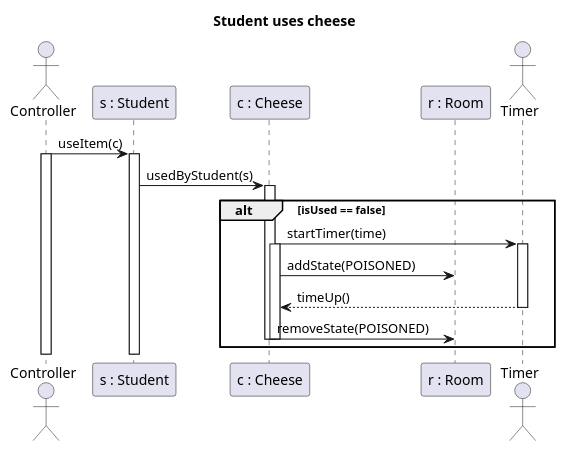
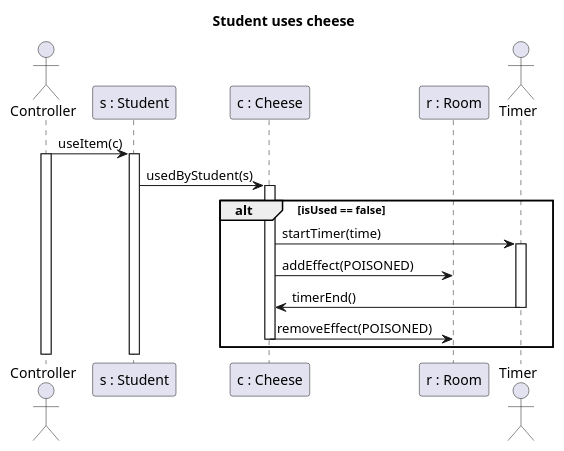
The diagram in Reko/cheese.plantuml (MBakter/echo), drawn with PlantUML before and after one commit. The commit also changed 3 other files, not shown here.

```diff
--- a/Reko/cheese.plantuml
+++ b/Reko/cheese.plantuml
@@ -1,29 +1,27 @@
 @startuml Student uses cheese
 title Student uses cheese
 
 actor Controller as C
 participant "s : Student" as s
 participant "c : Cheese" as c
 participant "r : Room" as r
 actor Timer as t
 
 C -> s : useItem(c)
 Activate C
 Activate s
 s -> c : usedByStudent(s)
-Activate c
+activate c
 alt isUsed == false
     c -> t : startTimer(time)
     Activate t
-    Activate c 
-    c -> r : addState(POISONED)
-    t --> c : timeUp()
+    c -> r : addEffect(POISONED)
+    t -> c : timerEnd()
     Deactivate t
-    c -> r : removeState(POISONED)
-    Deactivate c
+    c -> r : removeEffect(POISONED)
     Deactivate c
 end
 Deactivate s
 Deactivate C
 
 @enduml
```
